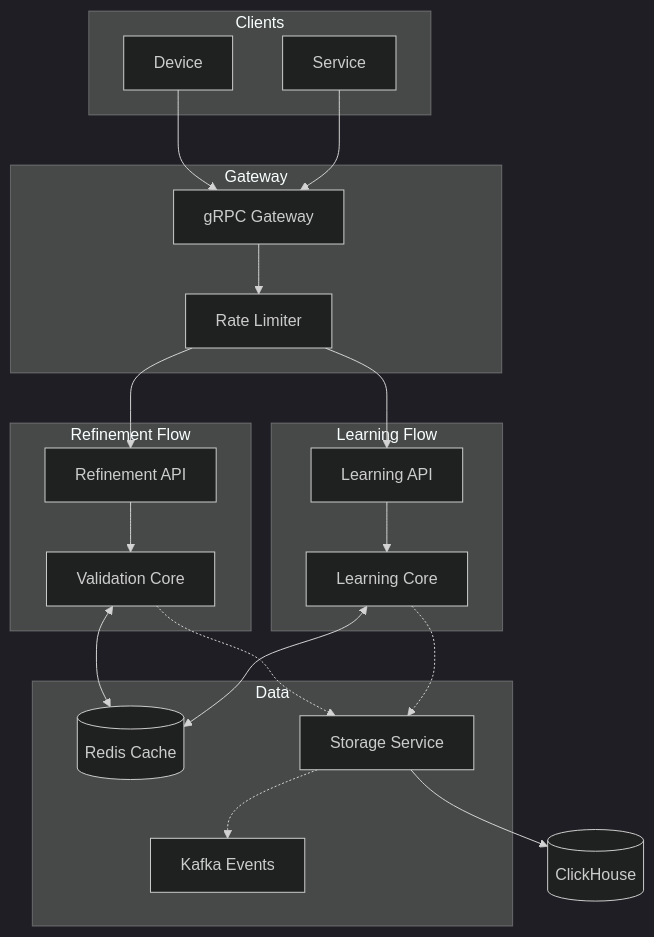
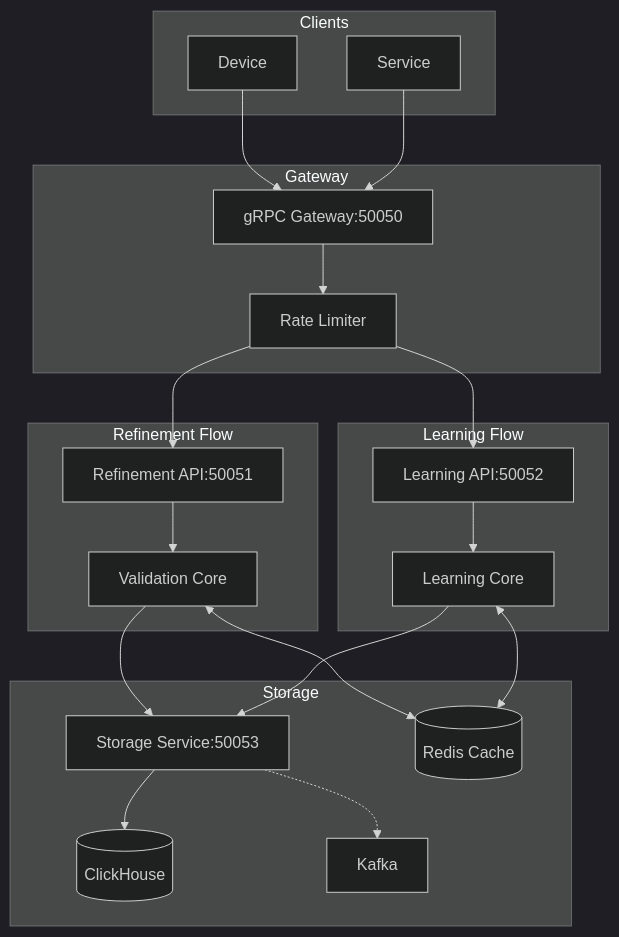
The diagram in docs/architecture.md (hzname/coordinate-validator), drawn with Mermaid (dark theme) before and after one commit. The commit also changed other lines of this file and 4 other files, not shown here.

````diff
--- a/docs/architecture.md
+++ b/docs/architecture.md
@@ -7,47 +7,48 @@
 ```mermaid
 flowchart TB
     subgraph Clients
         Device[Device]
         Service[Service]
     end
 
     subgraph Gateway
-        GRPC[gRPC Gateway]
+        GRPC[gRPC Gateway:50050]
         RateLimit[Rate Limiter]
     end
 
     subgraph "Refinement Flow"
-        RefAPI[Refinement API]
+        RefAPI[Refinement API:50051]
         ValCore[Validation Core]
     end
 
     subgraph "Learning Flow"
-        LearnAPI[Learning API]
+        LearnAPI[Learning API:50052]
         LearnCore[Learning Core]
     end
 
-    subgraph Data
+    subgraph Storage
+        StorageSvc[Storage Service:50053]
         Redis[(Redis Cache)]
-        Storage[Storage Service]
-        Kafka[Kafka Events]
+        ClickHouse[(ClickHouse)]
+        Kafka[Kafka]
     end
 
     Device --> GRPC
     Service --> GRPC
     GRPC --> RateLimit
     
     RateLimit --> RefAPI
     RateLimit --> LearnAPI
     
     RefAPI --> ValCore
     LearnAPI --> LearnCore
     
     ValCore <--> Redis
     LearnCore <--> Redis
     
-    ValCore -.-> Storage
-    LearnCore -.-> Storage
+    ValCore --> StorageSvc
+    LearnCore --> StorageSvc
     
-    Storage --> ClickHouse[(ClickHouse)]
-    Storage -.-> Kafka
+    StorageSvc --> ClickHouse
+    StorageSvc -.-> Kafka
 ```
````
